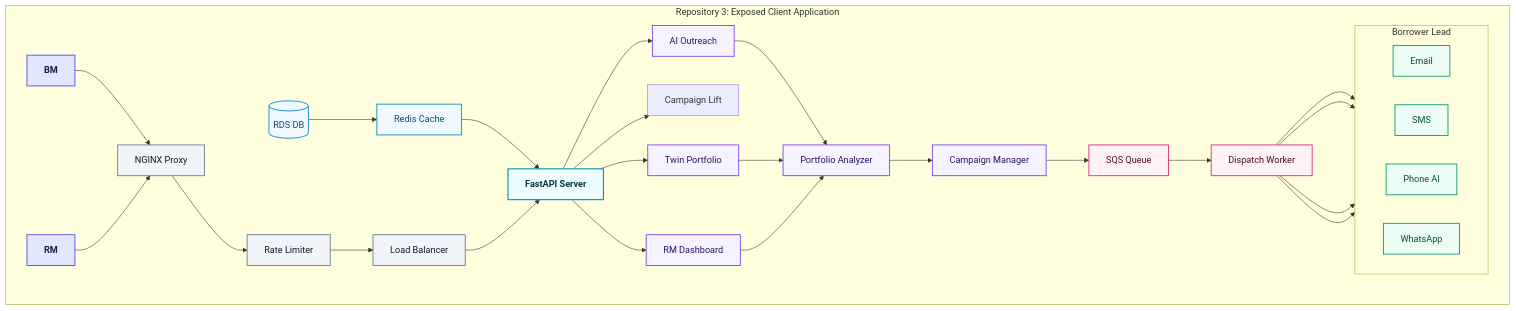
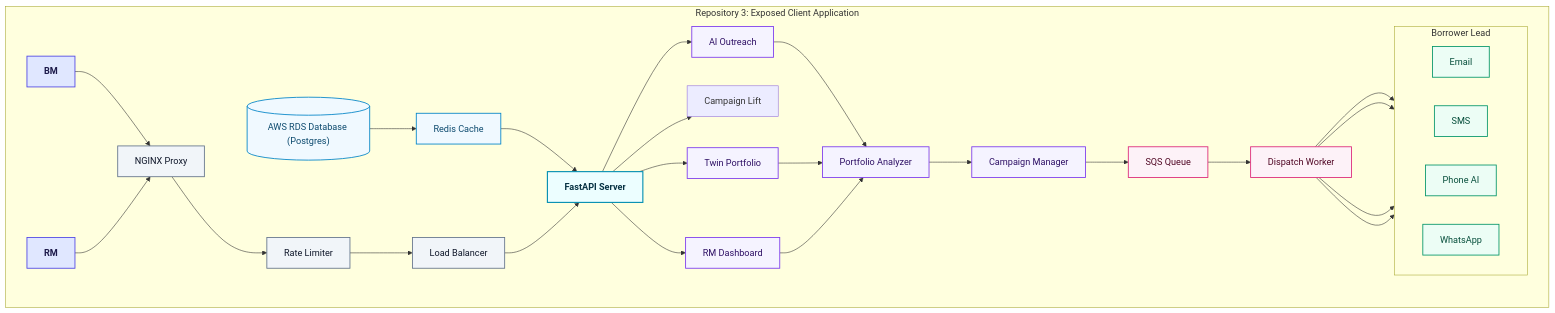
Before and after one commit to chiraghs/Alpha-Fin: the third of 3 diagrams in README.md, drawn with Mermaid. The commit also changed other lines of this file, not shown here.

Commit message:
Update Mermaid System architecture

````diff
--- a/README.md
+++ b/README.md
@@ -206,65 +206,65 @@
 ```mermaid
 graph TD
     %% REPOSITORY 3: EXPOSED CLIENT APPLICATION (Vertical Symmetrical Pyramid - Compact)
     subgraph Repo3 ["Repository 3: Exposed Client Application"]
         User["RM"] --> NGINX["NGINX Proxy"]
         BM["BM"] --> NGINX
         NGINX --> Limits["Rate Limiter"]
         Limits --> LB["Load Balancer"]
         LB --> AppServer["FastAPI Server"]
         
         %% Database lookup path (vertical downwards)
-        RDS3[(RDS DB)] --> Redis["Redis Cache"]
+        RDS3[("AWS RDS Database (Postgres)")] --> Redis["Redis Cache"]
         Redis --> AppServer
         
         %% FastAPI App Server branches out directly to Client presentation views
         AppServer --> UI["RM Dashboard"]
         AppServer --> ABDDashboard["Campaign Lift"]
         AppServer --> TwinAnalyzer["Twin Portfolio"]
         AppServer --> Outreach["AI Outreach"]
         
         %% Keep ABDDashboard to the left side of the presentation layer
         NGINX ~~~ ABDDashboard
         
         %% Flow after client services
         UI --> Portfolio["Portfolio Analyzer"]
         TwinAnalyzer --> Portfolio
         Outreach --> Portfolio
         
         Portfolio --> Campaign["Campaign Manager"]
         Campaign --> SQS["SQS Queue"]
         
         SQS --> Worker["Dispatch Worker"]
         
         %% Dispatch branches grouped in Borrower Lead (Horizontal layout inside vertical stack)
         subgraph Borrower ["Borrower Lead"]
             direction LR
             Email["Email"]
             SMS["SMS"]
             Phone["Phone AI"]
             WhatsApp["WhatsApp"]
         end
         
         Worker --> Email
         Worker --> SMS
         Worker --> Phone
         Worker --> WhatsApp
     end
 
     %% Beautiful Professional Slate & Pastel Styling Definitions
     classDef gateway fill:#f1f5f9,stroke:#64748b,stroke-width:1.5px,color:#0f172a;
     classDef server fill:#ecfeff,stroke:#0891b2,stroke-width:2px,color:#083344,font-weight:bold;
     classDef database fill:#f0f9ff,stroke:#0284c7,stroke-width:1.5px,color:#0c4a6e;
     classDef presentation fill:#f5f3ff,stroke:#7c3aed,stroke-width:1.5px,color:#2e1065;
     classDef queue fill:#fdf2f8,stroke:#db2777,stroke-width:1.5px,color:#500724;
     classDef channel fill:#ecfdf5,stroke:#059669,stroke-width:1.5px,color:#064e3b;
     classDef user fill:#e0e7ff,stroke:#4f46e5,stroke-width:1.5px,color:#1e1b4b,font-weight:bold;
 
     class NGINX,Limits,LB gateway;
     class AppServer server;
     class RDS3,Redis database;
     class UI,ABDashboard,TwinAnalyzer,Outreach,Portfolio,Campaign presentation;
     class SQS,Worker queue;
     class Email,SMS,Phone,WhatsApp channel;
     class User,BM user;
 ```
````
